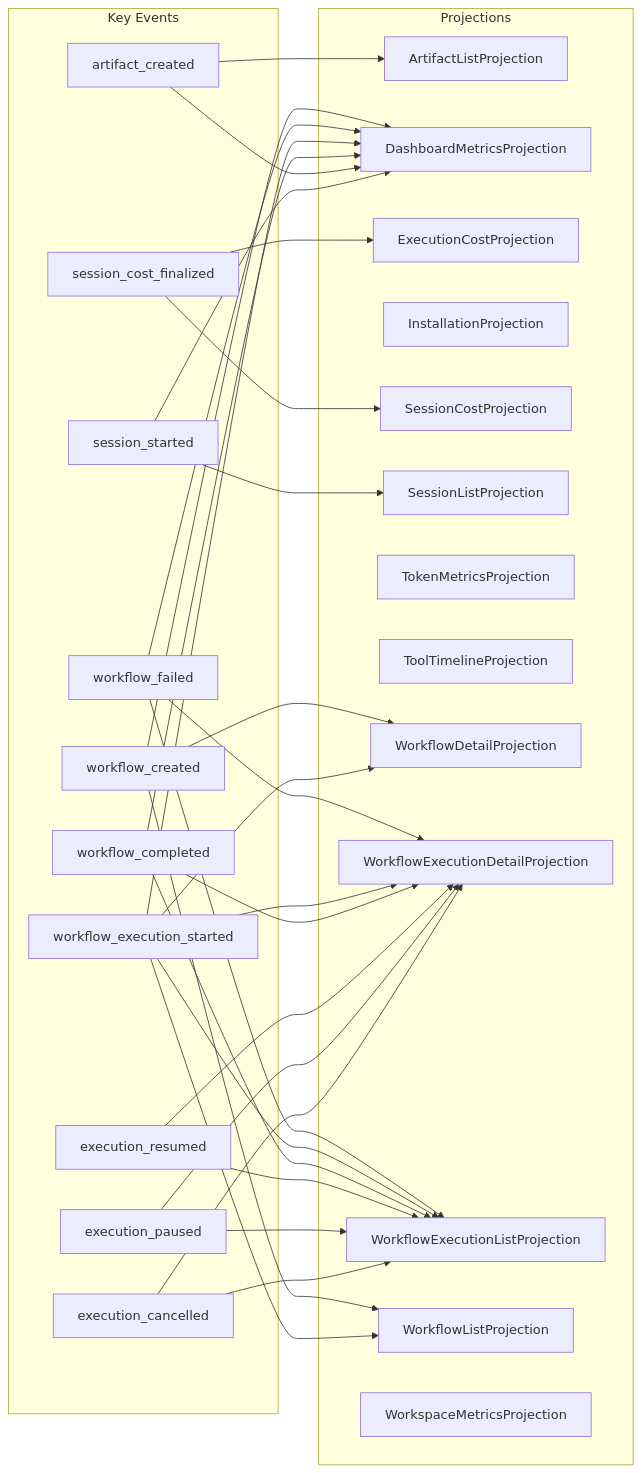
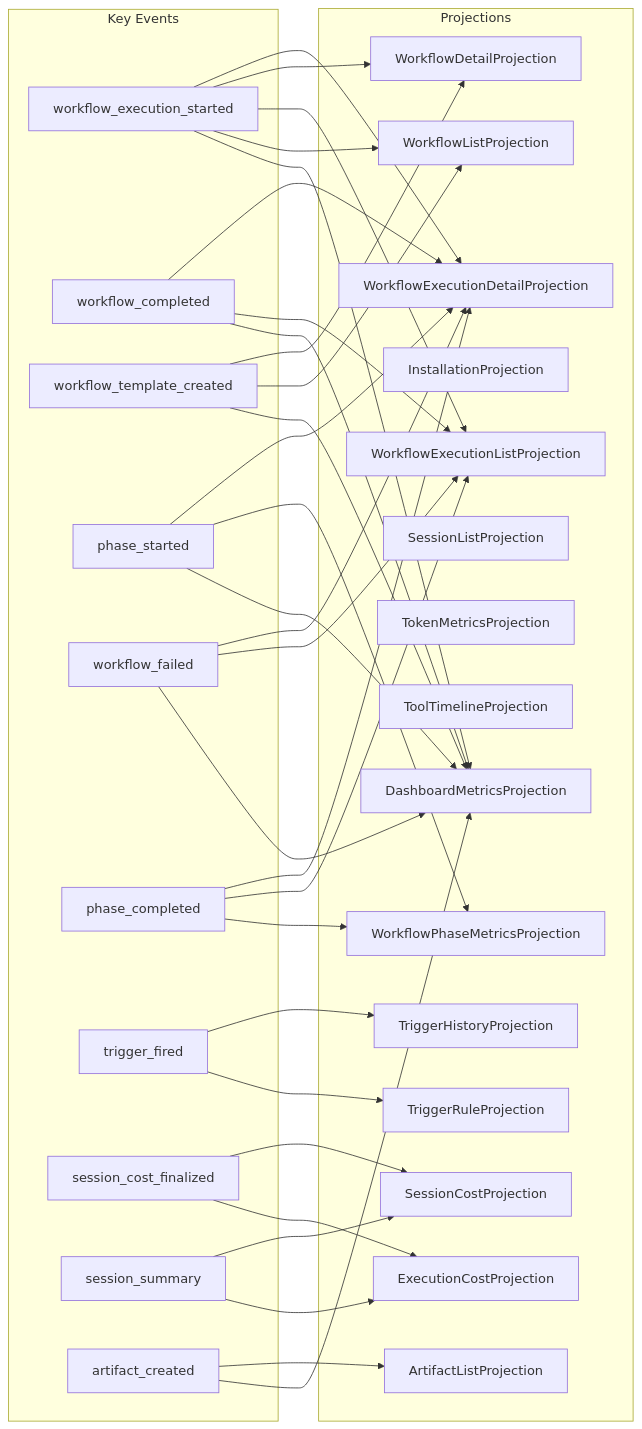
Before and after one commit to syntropic137/syntropic137: the diagram in docs/architecture/projection-subscriptions.md, drawn with Mermaid. The commit also changed other lines of this file and 92 other files, not shown here.

````diff
--- a/docs/architecture/projection-subscriptions.md
+++ b/docs/architecture/projection-subscriptions.md
@@ -15,58 +15,62 @@
 ```mermaid
 graph LR
     subgraph events["Key Events"]
         e1[workflow_execution_started]
         e2[workflow_completed]
-        e3[workflow_failed]
-        e4[workflow_created]
-        e5[execution_cancelled]
-        e6[execution_paused]
-        e7[session_started]
+        e3[workflow_template_created]
+        e4[phase_started]
+        e5[workflow_failed]
+        e6[phase_completed]
+        e7[trigger_fired]
         e8[session_cost_finalized]
-        e9[artifact_created]
-        e10[execution_resumed]
+        e9[session_summary]
+        e10[artifact_created]
     end
 
     subgraph projections["Projections"]
         p1[ArtifactListProjection]
         p2[DashboardMetricsProjection]
         p3[ExecutionCostProjection]
         p4[InstallationProjection]
         p5[SessionCostProjection]
         p6[SessionListProjection]
         p7[TokenMetricsProjection]
         p8[ToolTimelineProjection]
-        p9[WorkflowDetailProjection]
-        p10[WorkflowExecutionDetailProjection]
-        p11[WorkflowExecutionListProjection]
-        p12[WorkflowListProjection]
-        p13[WorkspaceMetricsProjection]
+        p9[TriggerHistoryProjection]
+        p10[TriggerRuleProjection]
+        p11[WorkflowDetailProjection]
+        p12[WorkflowExecutionDetailProjection]
+        p13[WorkflowExecutionListProjection]
+        p14[WorkflowListProjection]
+        p15[WorkflowPhaseMetricsProjection]
     end
 
-    e5 --> p10
-    e5 --> p11
-    e6 --> p10
-    e6 --> p11
-    e7 --> p2
-    e7 --> p6
+    e2 --> p12
+    e2 --> p13
+    e2 --> p2
+    e7 --> p9
+    e7 --> p10
+    e8 --> p5
     e8 --> p3
-    e8 --> p5
-    e9 --> p2
-    e9 --> p1
-    e10 --> p10
-    e10 --> p11
-    e2 --> p2
-    e2 --> p10
-    e2 --> p11
+    e1 --> p12
+    e1 --> p11
+    e1 --> p13
+    e1 --> p14
     e1 --> p2
-    e1 --> p10
-    e1 --> p9
-    e1 --> p11
-    e1 --> p12
+    e9 --> p5
+    e9 --> p3
+    e10 --> p1
+    e10 --> p2
+    e3 --> p11
+    e3 --> p14
     e3 --> p2
-    e3 --> p10
-    e3 --> p11
+    e4 --> p12
+    e4 --> p15
     e4 --> p2
-    e4 --> p9
-    e4 --> p12
+    e5 --> p12
+    e5 --> p13
+    e5 --> p2
+    e6 --> p12
+    e6 --> p13
+    e6 --> p15
 ```
````
